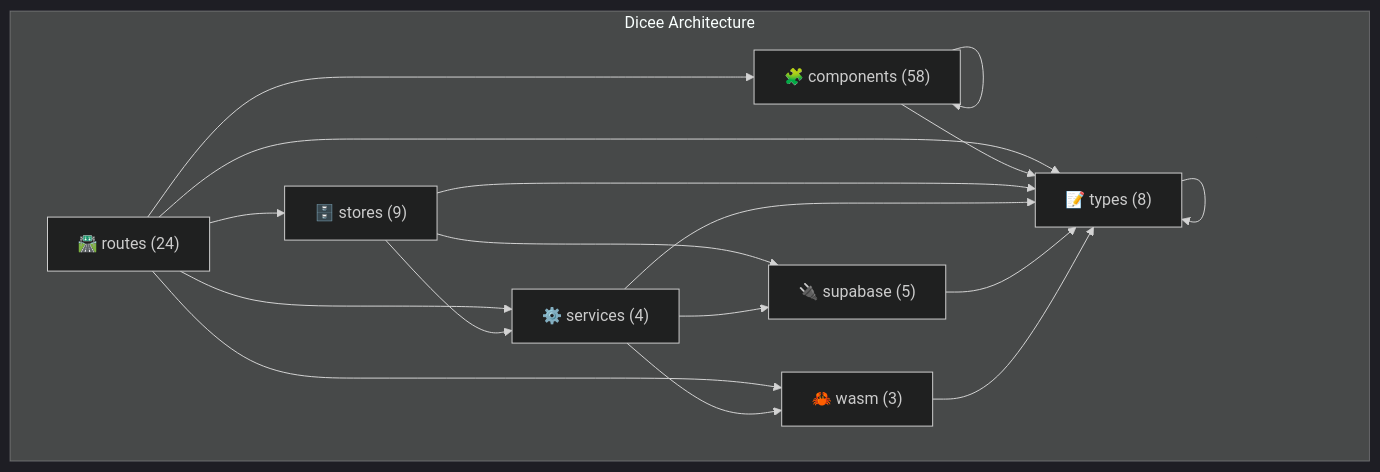
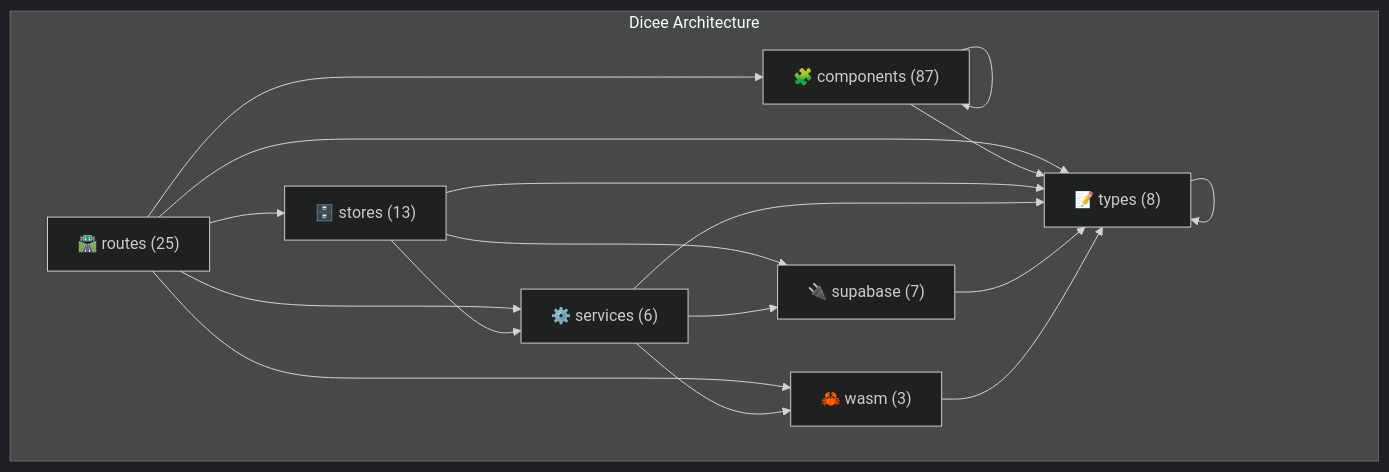
One commit to verlyn13/dicee changed the diagram in docs/architecture/akg/diagrams/LAYER_ARCHITECTURE.md. Above: the diagram before and after it, drawn with Mermaid (dark theme). The commit also changed other lines of this file and 8 other files, not shown here.

First line of the commit message:
fix: Regenerate AKG diagrams with fresh discovery

````diff
--- a/docs/architecture/akg/diagrams/LAYER_ARCHITECTURE.md
+++ b/docs/architecture/akg/diagrams/LAYER_ARCHITECTURE.md
@@ -16,29 +16,29 @@
 ```mermaid
 flowchart TB
     subgraph "Dicee Architecture"
-        routes["🛣️ routes (24)"]
-        components["🧩 components (58)"]
-        stores["🗄️ stores (9)"]
-        services["⚙️ services (4)"]
+        routes["🛣️ routes (25)"]
+        components["🧩 components (87)"]
+        stores["🗄️ stores (13)"]
+        services["⚙️ services (6)"]
         types["📝 types (8)"]
-        supabase["🔌 supabase (5)"]
+        supabase["🔌 supabase (7)"]
         wasm["🦀 wasm (3)"]
     end
 
     routes --> components
     routes --> stores
     routes --> services
     routes --> types
     routes --> wasm
     components --> components
     components --> types
     stores --> services
     stores --> types
     stores --> supabase
     services --> types
     services --> supabase
     services --> wasm
     types --> types
     supabase --> types
     wasm --> types
 ```
````
